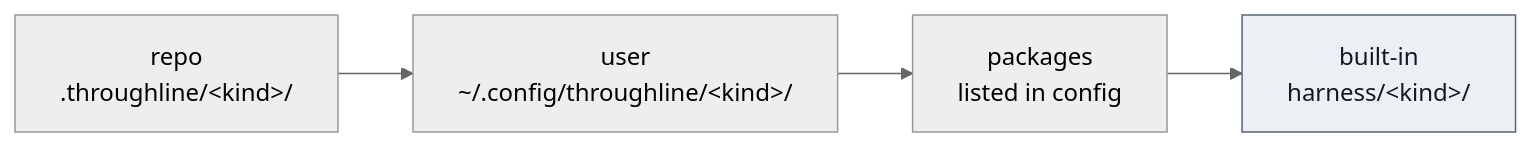
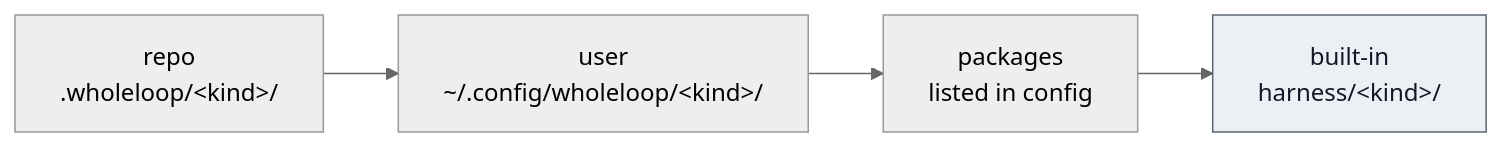
One commit to dreamingechoes/wholeloop changed the diagram in docs/extending/README.md. Above: the diagram before and after it, drawn with Mermaid (neutral theme). The commit also changed other lines of this file and 61 other files, not shown here.

````diff
--- a/docs/extending/README.md
+++ b/docs/extending/README.md
@@ -25,5 +25,5 @@
 ```mermaid
 flowchart LR
-  r["repo<br/>.throughline/&lt;kind&gt;/"] --> u["user<br/>~/.config/throughline/&lt;kind&gt;/"] --> p["packages<br/>listed in config"] --> b["built-in<br/>harness/&lt;kind&gt;/"]:::core
+  r["repo<br/>.wholeloop/&lt;kind&gt;/"] --> u["user<br/>~/.config/wholeloop/&lt;kind&gt;/"] --> p["packages<br/>listed in config"] --> b["built-in<br/>harness/&lt;kind&gt;/"]:::core
   classDef core fill:#eceff3,stroke:#5b6573,color:#111827;
 ```
````
